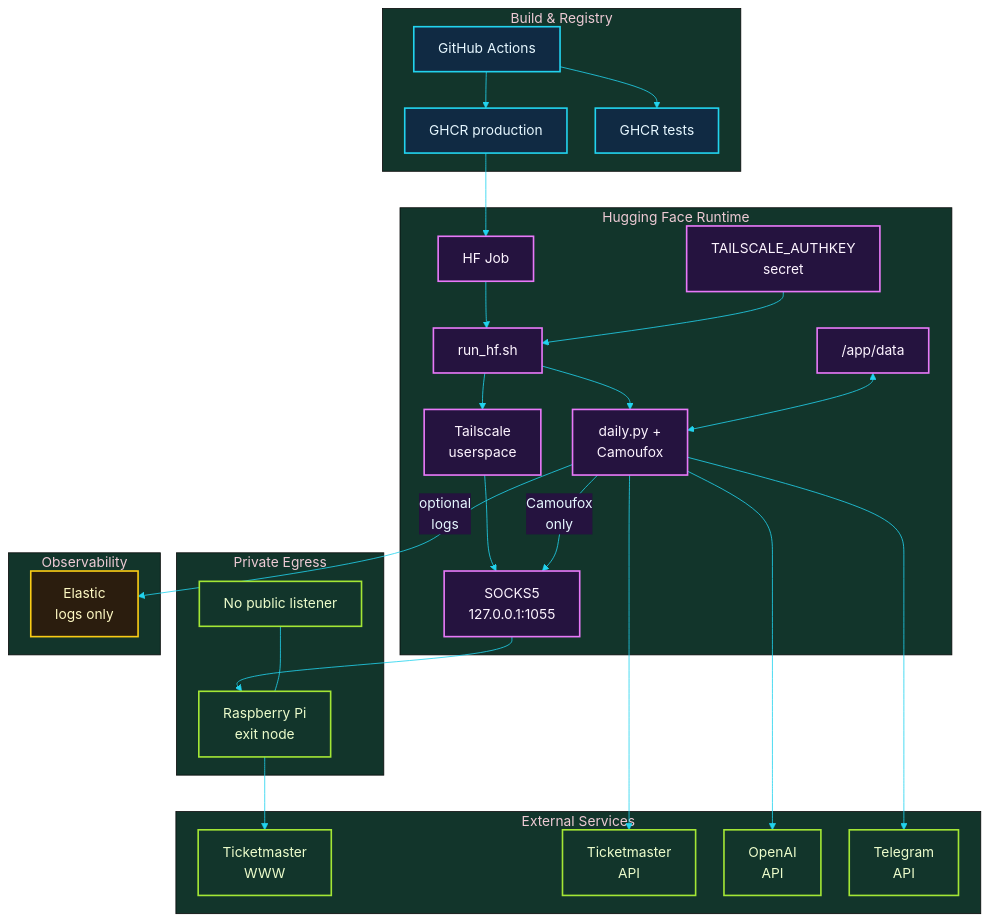
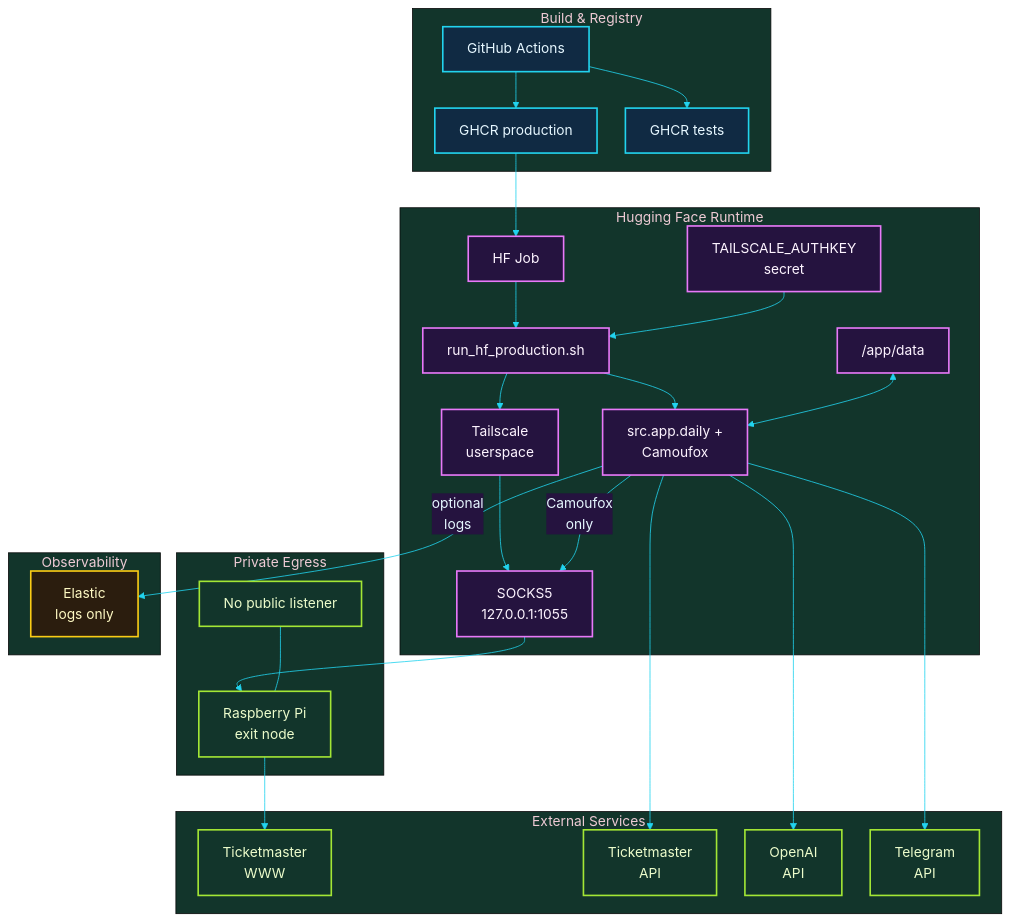
One commit to michalmarczuk/event-agent changed the third of 3 diagrams in docs/architecture.md. Above: the diagram before and after it, drawn with Mermaid. The commit also changed other lines of this file and 6 other files, not shown here.

````diff
--- a/docs/architecture.md
+++ b/docs/architecture.md
@@ -436,50 +447,50 @@
 ```mermaid
 %%{init: {'theme': 'base', 'themeVariables': {'background': '#07111f', 'primaryColor': '#102a43', 'primaryTextColor': '#e6f7ff', 'primaryBorderColor': '#22d3ee', 'secondaryColor': '#25133f', 'tertiaryColor': '#12352b', 'lineColor': '#22d3ee', 'fontFamily': 'ui-sans-serif, system-ui', 'fontSize': '17px'}, 'flowchart': {'nodeSpacing': 35, 'rankSpacing': 45}}}%%
 flowchart TB
     subgraph build["Build & Registry"]
         gha["GitHub Actions"] --> ghcr["GHCR production"]
         gha --> ghcr_tests["GHCR tests"]
     end
 
     subgraph hf["Hugging Face Runtime"]
-        job["HF Job"] --> wrapper["run_hf.sh"]
+        job["HF Job"] --> wrapper["run_hf_production.sh"]
         authkey["TAILSCALE_AUTHKEY<br/>secret"] --> wrapper
-        wrapper --> app["daily.py +<br/>Camoufox"]
+        wrapper --> app["src.app.daily +<br/>Camoufox"]
         wrapper --> tailscale["Tailscale<br/>userspace"]
         tailscale --> socks["SOCKS5<br/>127.0.0.1:1055"]
         storage["/app/data"] <--> app
     end
 
     subgraph egress["Private Egress"]
         socks --> exit_node["Raspberry Pi<br/>exit node"]
         private["No public listener"] --- exit_node
     end
 
     subgraph external["External Services"]
         tm_web["Ticketmaster<br/>WWW"]
         tm_api["Ticketmaster<br/>API"]
         openai["OpenAI<br/>API"]
         telegram["Telegram<br/>API"]
     end
 
     subgraph observability["Observability"]
         elastic["Elastic<br/>logs only"]
     end
 
     ghcr --> job
     app -->|"Camoufox<br/>only"| socks
     exit_node --> tm_web
     app --> tm_api
     app --> openai
     app --> telegram
     app -->|"optional<br/>logs"| elastic
 
     classDef build fill:#102a43,stroke:#22d3ee,color:#e6f7ff,stroke-width:2px;
     classDef runtime fill:#25133f,stroke:#e879f9,color:#fdf4ff,stroke-width:2px;
     classDef success fill:#12352b,stroke:#a3e635,color:#ecfccb,stroke-width:2px;
     classDef observability fill:#2b1d0e,stroke:#facc15,color:#fef9c3,stroke-width:2px;
     class gha,ghcr,ghcr_tests build;
     class job,wrapper,authkey,app,tailscale,socks,storage runtime;
     class exit_node,private,tm_web,tm_api,openai,telegram success;
     class elastic observability;
 ```
````
